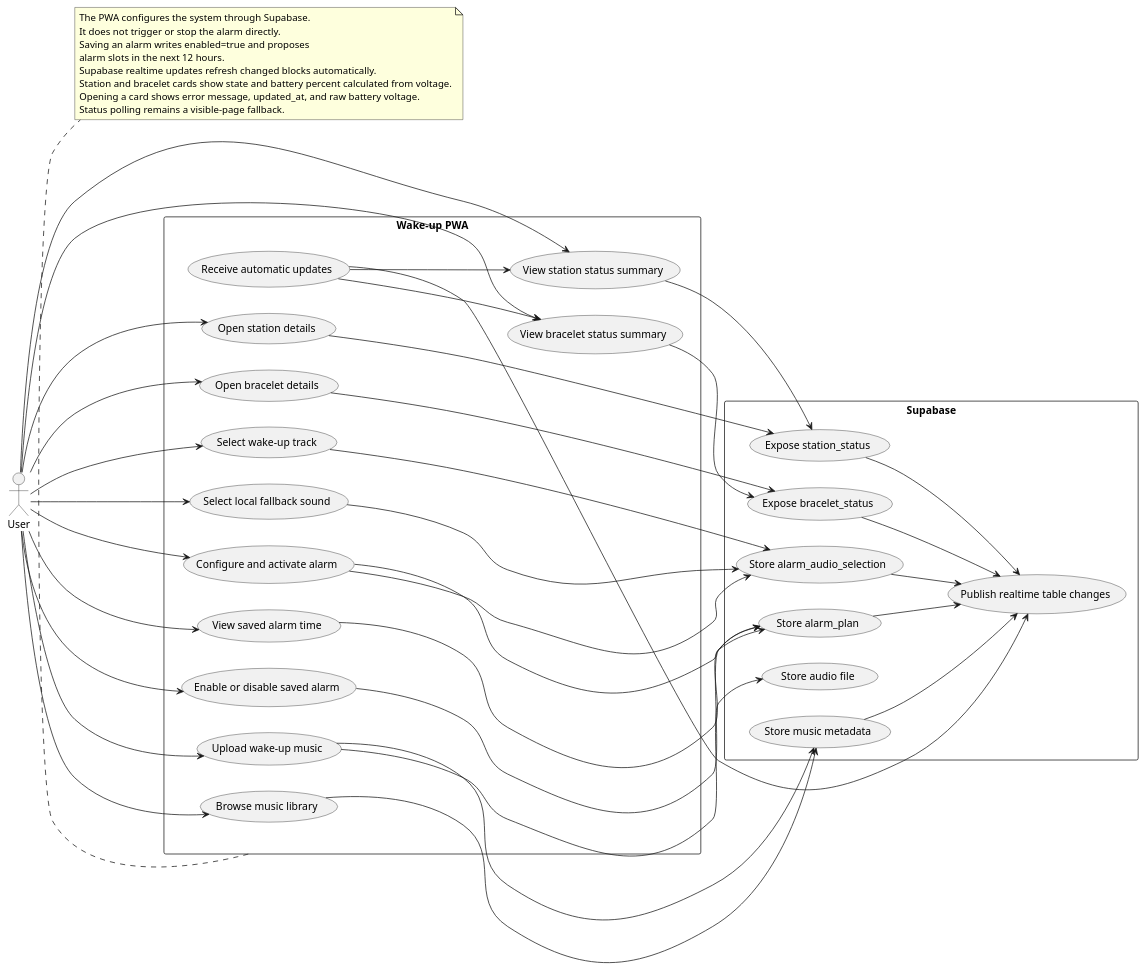
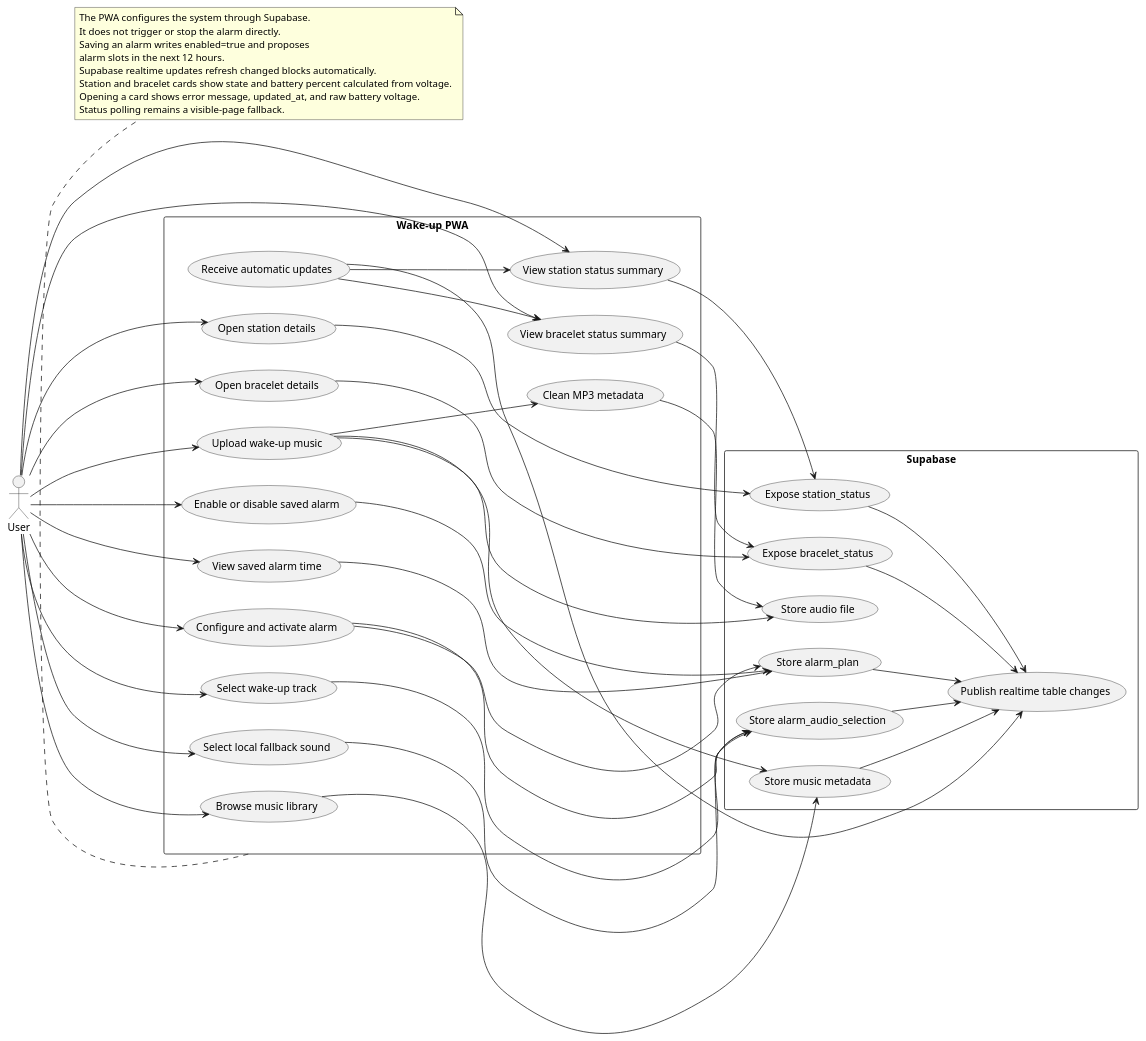
Before and after one commit to Jzn-wbr/Starter: the diagram in code/app mobile/UML/use_cases.puml, drawn with PlantUML. The commit also changed 23 other files, not shown here.

```diff
--- a/code/app mobile/UML/use_cases.puml
+++ b/code/app mobile/UML/use_cases.puml
@@ -1,78 +1,81 @@
 @startuml
 left to right direction
 skinparam packageStyle rectangle
 skinparam shadowing false
 
 actor "User" as User
 
 rectangle "Wake-up PWA" {
   usecase "Upload wake-up music" as UploadMusic
+  usecase "Clean MP3 metadata" as CleanMp3Metadata
   usecase "Browse music library" as BrowseMusic
   usecase "Select wake-up track" as SelectTrack
   usecase "Select local fallback sound" as SelectFallback
   usecase "Configure and activate alarm" as ConfigureAlarm
   usecase "View saved alarm time" as ViewSavedAlarm
   usecase "Enable or disable saved alarm" as ToggleAlarm
   usecase "View station status summary" as ViewStationStatus
   usecase "View bracelet status summary" as ViewBraceletStatus
   usecase "Open station details" as ViewStationDetails
   usecase "Open bracelet details" as ViewBraceletDetails
   usecase "Receive automatic updates" as ReceiveUpdates
 }
 
 rectangle "Supabase" {
   usecase "Store audio file" as StoreAudio
   usecase "Store music metadata" as StoreMusicMetadata
   usecase "Store alarm_plan" as StoreAlarmPlan
   usecase "Store alarm_audio_selection" as StoreAlarmAudio
   usecase "Expose station_status" as ExposeStationStatus
   usecase "Expose bracelet_status" as ExposeBraceletStatus
   usecase "Publish realtime table changes" as PublishRealtime
 }
 
 User --> UploadMusic
 User --> BrowseMusic
 User --> SelectTrack
 User --> SelectFallback
 User --> ConfigureAlarm
 User --> ViewSavedAlarm
 User --> ToggleAlarm
 User --> ViewStationStatus
 User --> ViewBraceletStatus
 User --> ViewStationDetails
 User --> ViewBraceletDetails
 ReceiveUpdates --> ViewStationStatus
 ReceiveUpdates --> ViewBraceletStatus
 
 UploadMusic --> StoreAudio
 UploadMusic --> StoreMusicMetadata
+UploadMusic --> CleanMp3Metadata
+CleanMp3Metadata --> StoreAudio
 BrowseMusic --> StoreMusicMetadata
 SelectTrack --> StoreAlarmAudio
 SelectFallback --> StoreAlarmAudio
 ConfigureAlarm --> StoreAlarmPlan
 ConfigureAlarm --> StoreAlarmAudio
 ViewSavedAlarm --> StoreAlarmPlan
 ToggleAlarm --> StoreAlarmPlan
 ViewStationStatus --> ExposeStationStatus
 ViewBraceletStatus --> ExposeBraceletStatus
 ViewStationDetails --> ExposeStationStatus
 ViewBraceletDetails --> ExposeBraceletStatus
 ExposeStationStatus --> PublishRealtime
 ExposeBraceletStatus --> PublishRealtime
 StoreAlarmPlan --> PublishRealtime
 StoreAlarmAudio --> PublishRealtime
 StoreMusicMetadata --> PublishRealtime
 ReceiveUpdates --> PublishRealtime
 
 note bottom of "Wake-up PWA"
   The PWA configures the system through Supabase.
   It does not trigger or stop the alarm directly.
   Saving an alarm writes enabled=true and proposes
   alarm slots in the next 12 hours.
   Supabase realtime updates refresh changed blocks automatically.
   Station and bracelet cards show state and battery percent calculated from voltage.
   Opening a card shows error message, updated_at, and raw battery voltage.
   Status polling remains a visible-page fallback.
 end note
 
 @enduml
```
